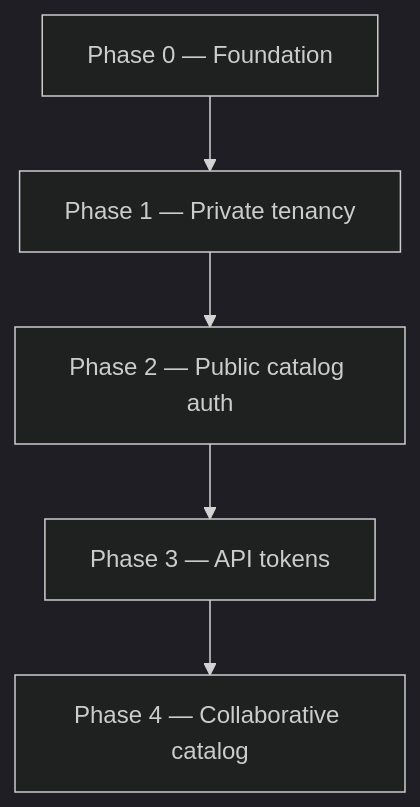
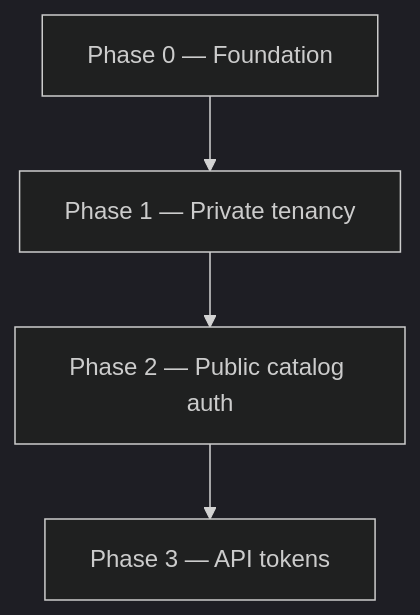
One commit to YaGRRusso/profile-info changed the diagram in apps/api/docs/adr/001-multi-tenant-migration.md. Above: the diagram before and after it, drawn with Mermaid (dark theme). The commit also changed other lines of this file and 3 other files, not shown here.

Commit message:
docs(api): update ADRs for multi-tenant migration and introduce collaborative public catalog

````diff
--- a/apps/api/docs/adr/001-multi-tenant-migration.md
+++ b/apps/api/docs/adr/001-multi-tenant-migration.md
@@ -251,10 +233,9 @@
 ```mermaid
 flowchart TD
     P0[Phase 0 — Foundation]
     P1[Phase 1 — Private tenancy]
     P2[Phase 2 — Public catalog auth]
     P3[Phase 3 — API tokens]
-    P4[Phase 4 — Collaborative catalog]
 
-    P0 --> P1 --> P2 --> P3 --> P4
+    P0 --> P1 --> P2 --> P3
 ```
````
